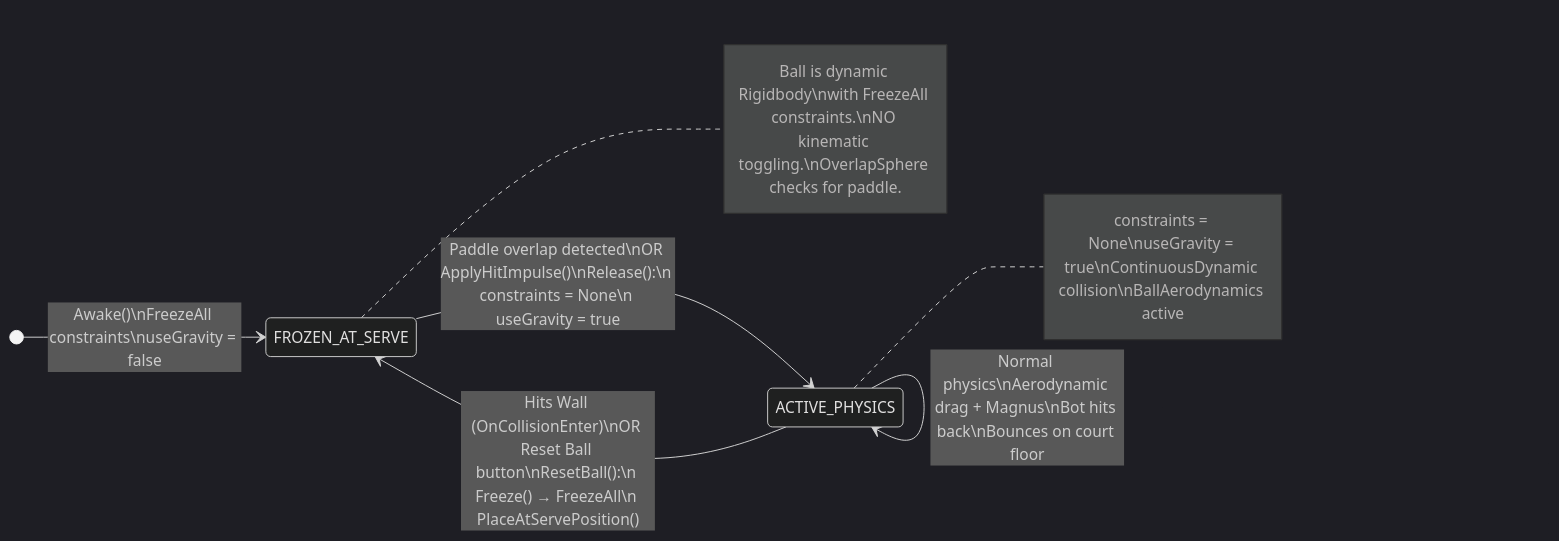
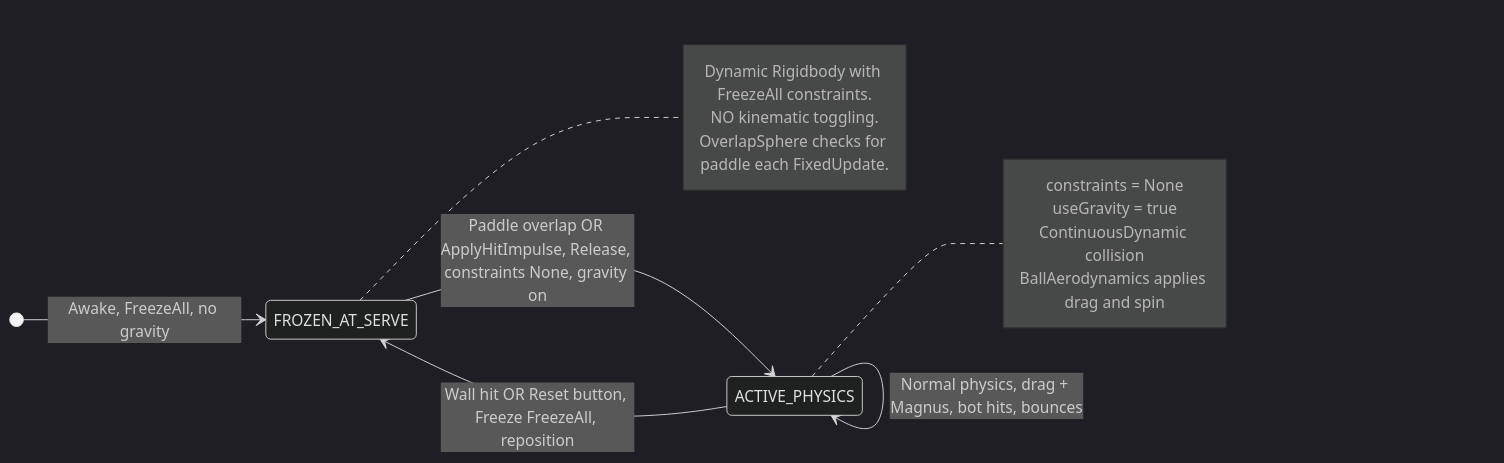
The third of 10 diagrams in Docs/UML_Diagrams.md (CG4002-AY2526S2-B03/Capstone_AR_Pickleball_Gameplay), drawn with Mermaid (dark theme) before and after one commit. The commit also changed other lines of this file, not shown here.

````diff
--- a/Docs/UML_Diagrams.md
+++ b/Docs/UML_Diagrams.md
@@ -276,20 +276,25 @@
 ```mermaid
 stateDiagram-v2
     direction LR
 
-    [*] --> FROZEN_AT_SERVE : Awake()\nFreezeAll constraints\nuseGravity = false
+    [*] --> FROZEN_AT_SERVE : Awake, FreezeAll, no gravity
 
-    FROZEN_AT_SERVE --> ACTIVE_PHYSICS : Paddle overlap detected\nOR ApplyHitImpulse()\nRelease():\n constraints = None\n useGravity = true
+    FROZEN_AT_SERVE --> ACTIVE_PHYSICS : Paddle overlap OR ApplyHitImpulse, Release, constraints None, gravity on
 
-    ACTIVE_PHYSICS --> FROZEN_AT_SERVE : Hits Wall (OnCollisionEnter)\nOR Reset Ball button\nResetBall():\n Freeze() → FreezeAll\n PlaceAtServePosition()
+    ACTIVE_PHYSICS --> FROZEN_AT_SERVE : Wall hit OR Reset button, Freeze FreezeAll, reposition
 
-    ACTIVE_PHYSICS --> ACTIVE_PHYSICS : Normal physics\nAerodynamic drag + Magnus\nBot hits back\nBounces on court floor
+    ACTIVE_PHYSICS --> ACTIVE_PHYSICS : Normal physics, drag + Magnus, bot hits, bounces
 
     note right of FROZEN_AT_SERVE
-        Ball is dynamic Rigidbody\nwith FreezeAll constraints.\nNO kinematic toggling.\nOverlapSphere checks for paddle.
+        Dynamic Rigidbody with FreezeAll constraints.
+        NO kinematic toggling.
+        OverlapSphere checks for paddle each FixedUpdate.
     end note
 
     note right of ACTIVE_PHYSICS
-        constraints = None\nuseGravity = true\nContinuousDynamic collision\nBallAerodynamics active
+        constraints = None
+        useGravity = true
+        ContinuousDynamic collision
+        BallAerodynamics applies drag and spin
     end note
 ```
````
